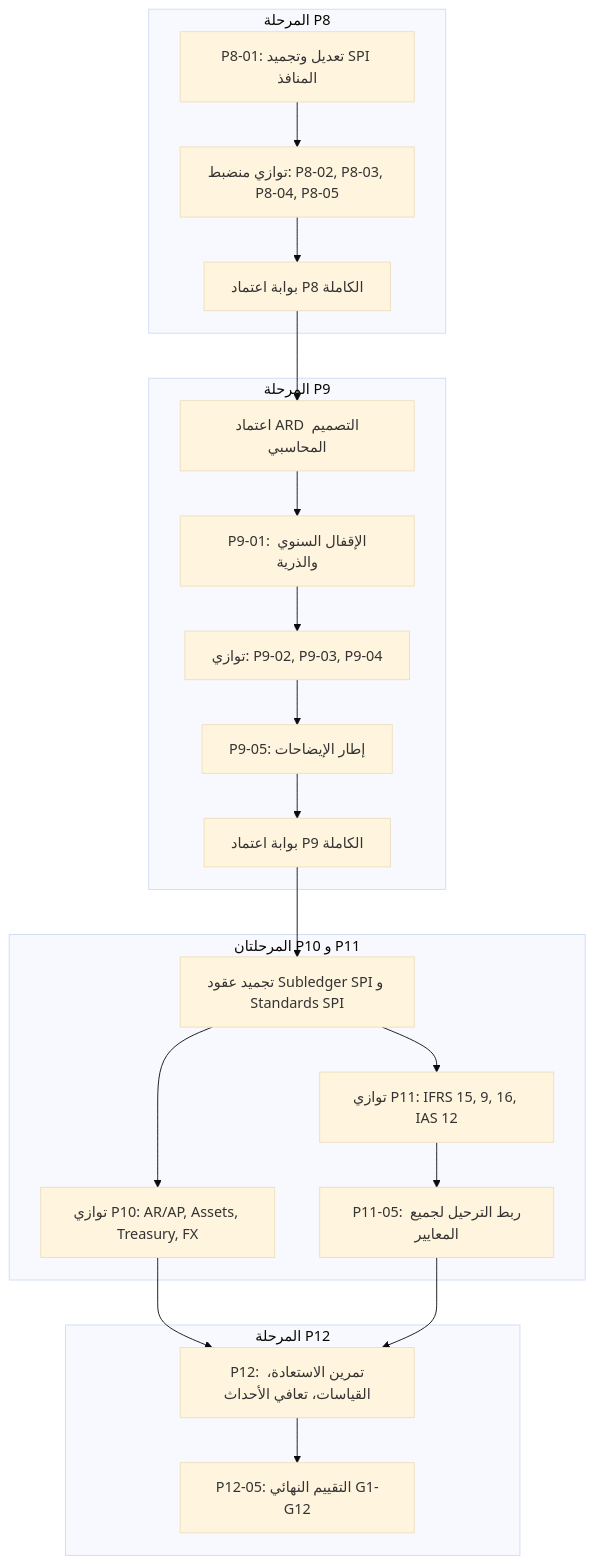
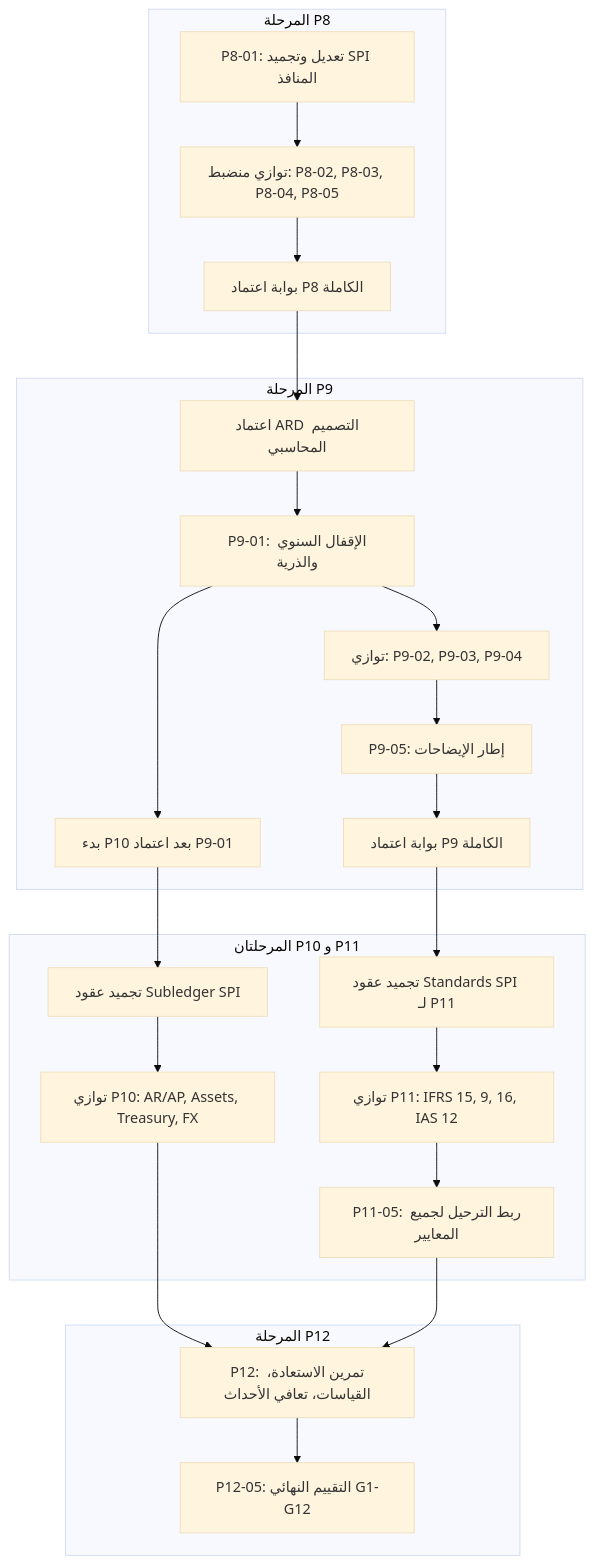
The second of 2 diagrams in docs/execution_plan_overview.md (osmai4603-collab/accounting_engine), drawn with Mermaid (base theme) before and after one commit. The commit also changed other lines of this file and 167 other files, not shown here.

````diff
--- a/docs/execution_plan_overview.md
+++ b/docs/execution_plan_overview.md
@@ -105,25 +105,27 @@
 ```mermaid
 flowchart TD
     subgraph Phase8 [المرحلة P8]
         P8_01["P8-01: تعديل وتجميد SPI المنافذ"] --> P8_PAR["توازي منضبط: P8-02, P8-03, P8-04, P8-05"]
         P8_PAR --> P8_GATE["بوابة اعتماد P8 الكاملة"]
     end
     subgraph Phase9 [المرحلة P9]
         P8_GATE --> P9_01_ARD["اعتماد ARD التصميم المحاسبي"]
         P9_01_ARD --> P9_01["P9-01: الإقفال السنوي والذرية"]
         P9_01 --> P9_PAR["توازي: P9-02, P9-03, P9-04"]
         P9_PAR --> P9_05["P9-05: إطار الإيضاحات"]
         P9_05 --> P9_GATE["بوابة اعتماد P9 الكاملة"]
+        P9_01 --> P10_START["بدء P10 بعد اعتماد P9-01"]
     end
     subgraph Phase10_11 [المرحلتان P10 و P11]
-        P9_GATE --> FREEZE_SPI["تجميد عقود Subledger SPI و Standards SPI"]
-        FREEZE_SPI --> P10_PAR["توازي P10: AR/AP, Assets, Treasury, FX"]
+        P9_GATE --> FREEZE_SPI["تجميد عقود Standards SPI لـ P11"]
+        P10_START --> FREEZE_SUBLEDGER_SPI["تجميد عقود Subledger SPI"]
+        FREEZE_SUBLEDGER_SPI --> P10_PAR["توازي P10: AR/AP, Assets, Treasury, FX"]
         FREEZE_SPI --> P11_PAR["توازي P11: IFRS 15, 9, 16, IAS 12"]
         P11_PAR --> P11_05["P11-05: ربط الترحيل لجميع المعايير"]
     end
     subgraph Phase12 [المرحلة P12]
         P10_PAR --> P12_EXEC["P12: تمرين الاستعادة، القياسات، تعافي الأحداث"]
         P11_05 --> P12_EXEC
         P12_EXEC --> P12_05["P12-05: التقييم النهائي G1-G12"]
     end
 ```
````
